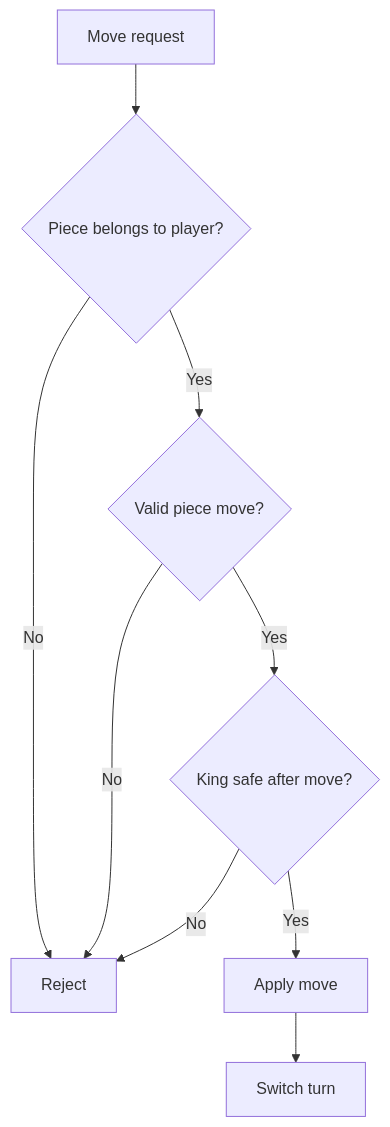
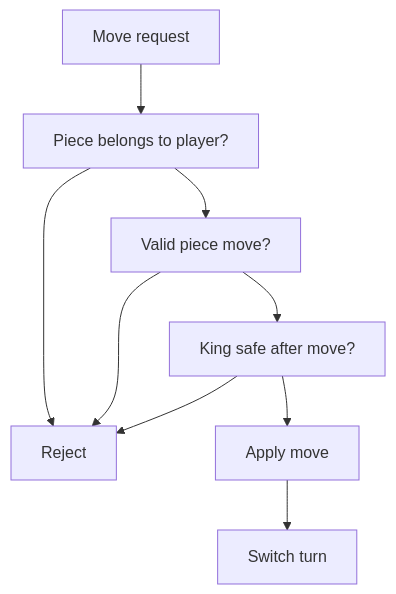
The seventh of 58 diagrams in LLD_NOTES/lld_visual_java_reference_fixed.md (mthaiseer/springcloud-systemdesign-notes), drawn with Mermaid before and after one commit. The commit also changed other lines of this file, not shown here.

````diff
--- a/LLD_NOTES/lld_visual_java_reference_fixed.md
+++ b/LLD_NOTES/lld_visual_java_reference_fixed.md
@@ -389,11 +351,18 @@
 ```mermaid
 flowchart TD
-  A[Move request] --> B{Piece belongs to player?}
-  B -- No --> C[Reject]
-  B -- Yes --> D{Valid piece move?}
-  D -- No --> C
-  D -- Yes --> E{King safe after move?}
-  E -- No --> C
-  E -- Yes --> F[Apply move]
-  F --> G[Switch turn]
+  A[Move request]
+  B[Piece belongs to player?]
+  C[Reject]
+  D[Valid piece move?]
+  E[King safe after move?]
+  F[Apply move]
+  G[Switch turn]
+  A --> B
+  B --> C
+  B --> D
+  D --> C
+  D --> E
+  E --> C
+  E --> F
+  F --> G
 ```
````
